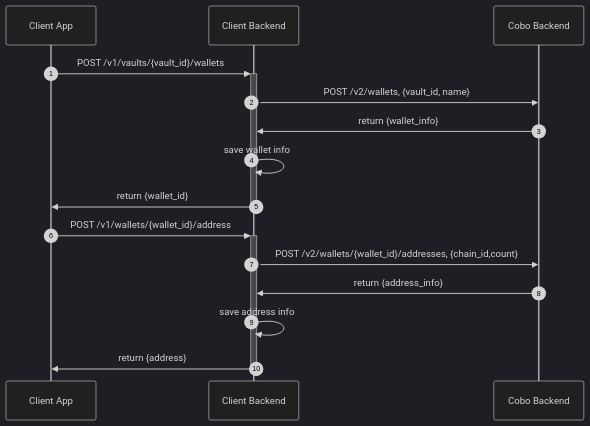
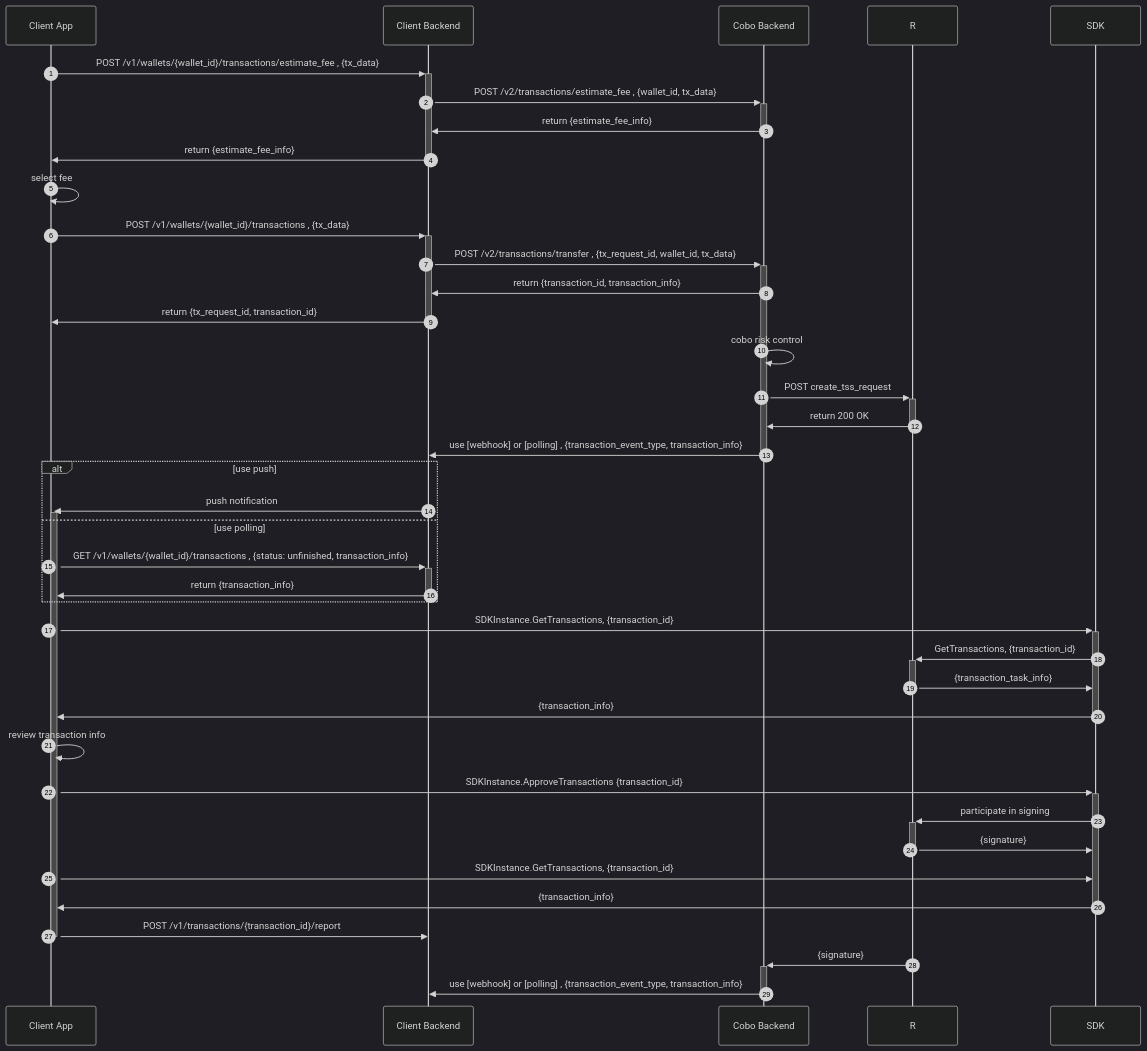
The fifth of 9 diagrams in v2/guides/mpc-wallets/get-started-ucw.mdx (rcsh1/developer-site), drawn with Mermaid (dark theme) before and after one commit. The commit also changed other lines of this file and 193 other files, not shown here.

````diff
--- a/v2/guides/mpc-wallets/get-started-ucw.mdx
+++ b/v2/guides/mpc-wallets/get-started-ucw.mdx
@@ -569,18 +573,50 @@
     ```mermaid
     sequenceDiagram
         autonumber
         participant App as Client App
         participant C as Client Backend
         participant P as Cobo Backend
 
-        App ->> +C: POST /v1/vaults/{vault_id}/wallets
-        C ->> P: POST /v2/wallets, {vault_id, name}
-        P ->> C: return {wallet_info}
-        C ->> C: save wallet info
-        C ->> -App: return {wallet_id}
-        App ->> +C: POST /v1/wallets/{wallet_id}/address
-        C ->> P: POST /v2/wallets/{wallet_id}/addresses, {chain_id,count}
-        P ->> C: return {address_info}
-        C ->> C: save address info
-        C ->> -App: return {address}
+        App ->> +C: POST /v1/wallets/{wallet_id}/transactions/estimate_fee , {tx_data}
+        C ->> +P: POST /v2/transactions/estimate_fee , {wallet_id, tx_data}
+        P ->> -C: return {estimate_fee_info}
+        C ->> -App: return {estimate_fee_info}
+
+        App ->> App: select fee
+
+        App ->> +C: POST /v1/wallets/{wallet_id}/transactions , {tx_data}
+        C ->> +P: POST /v2/transactions/transfer , {tx_request_id, wallet_id, tx_data}
+        P ->> C: return {transaction_id, transaction_info}
+        C ->> -App: return {tx_request_id, transaction_id}
+        P ->> P: cobo risk control
+        P ->> +R: POST create_tss_request
+        R ->> -P: return 200 OK
+        P ->> -C: use [webhook] or [polling] , {transaction_event_type, transaction_info}
+
+        activate App
+        alt use push
+            C ->> +App: push notification
+        else use polling
+            App ->> +C: GET /v1/wallets/{wallet_id}/transactions , {status: unfinished, transaction_info}
+            C ->> -App: return {transaction_info}
+        end
+
+        App ->> +SDK: SDKInstance.GetTransactions, {transaction_id}
+        SDK ->> +R: GetTransactions, {transaction_id}
+        R ->> -SDK: {transaction_task_info}
+        SDK ->> -App: {transaction_info}
+
+        App ->> App: review transaction info
+        App ->> +SDK: SDKInstance.ApproveTransactions {transaction_id}
+        SDK ->> +R: participate in signing
+        R ->> -SDK: {signature}
+        App ->> SDK: SDKInstance.GetTransactions, {transaction_id}
+        SDK ->> -App: {transaction_info}
+        App ->> C: POST /v1/transactions/{transaction_id}/report
+        deactivate App
+
+        R ->> +P: {signature}
+        P ->> -C: use [webhook] or [polling] , {transaction_event_type, transaction_info}
+
+
     ```
````
